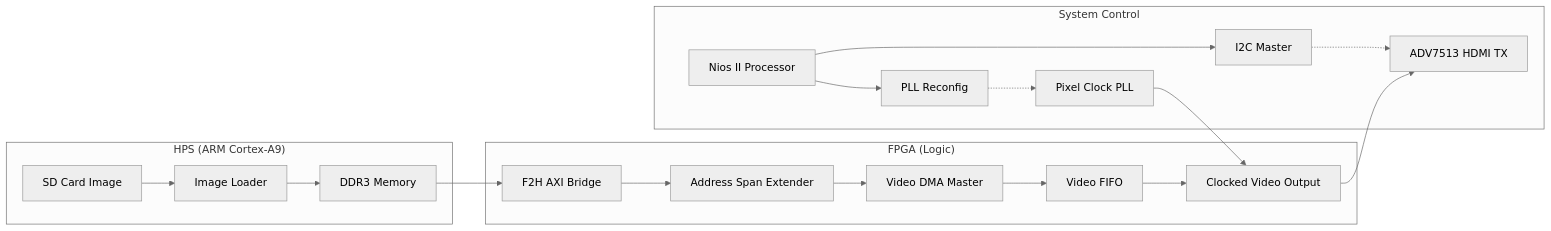
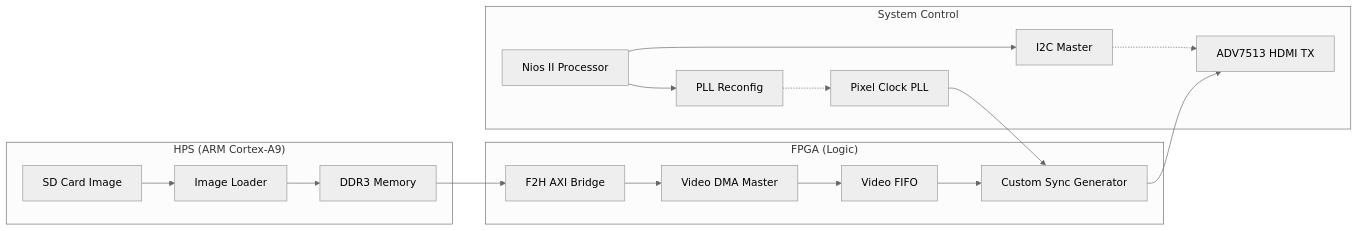
One commit to bccha/video_processing changed the diagram in DESIGN.md. Above: the diagram before and after it, drawn with Mermaid (neutral theme). The commit also changed other lines of this file and 1 other file, not shown here.

Commit message:
Update HDMI design with custom RTL sync generator and MM2ST DMA architecture

````diff
--- a/DESIGN.md
+++ b/DESIGN.md
@@ -10,26 +10,25 @@
 ```mermaid
 graph LR
     subgraph "HPS (ARM Cortex-A9)"
         SD[SD Card Image] --> SW_Load[Image Loader]
         SW_Load --> DDR[DDR3 Memory]
     end
 
     subgraph "FPGA (Logic)"
         DDR --> AXI[F2H AXI Bridge]
-        AXI --> ASE[Address Span Extender]
-        ASE --> V_DMA[Video DMA Master]
+        AXI --> V_DMA[Video DMA Master]
         V_DMA --> FIFO[Video FIFO]
-        FIFO --> CVO[Clocked Video Output]
+        FIFO --> SGEN[Custom Sync Generator]
     end
 
     subgraph "System Control"
         Nios[Nios II Processor]
         Nios --> I2C[I2C Master]
         Nios --> PLL_R[PLL Reconfig]
         I2C -.-> HDMI_Chip[ADV7513 HDMI TX]
         PLL_R -.-> P_CLK[Pixel Clock PLL]
     end
 
-    CVO --> HDMI_Chip
-    P_CLK --> CVO
+    SGEN --> HDMI_Chip
+    P_CLK --> SGEN
 ```
````
